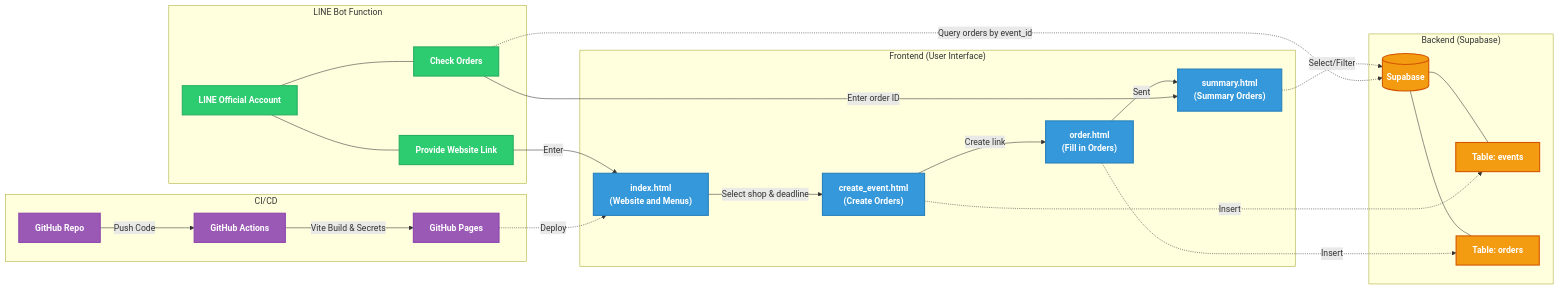
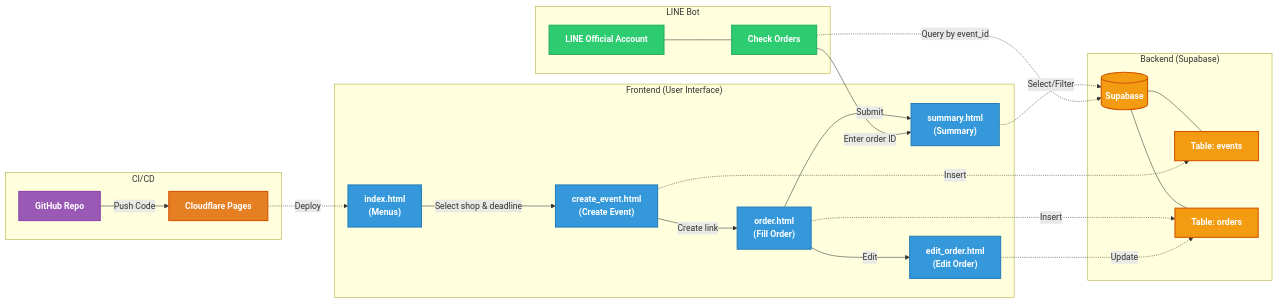
One commit to Tseng1114/Ordersystem changed the diagram in README.md. Above: the diagram before and after it, drawn with Mermaid. The commit also changed other lines of this file and 7 other files, not shown here.

````diff
--- a/README.md
+++ b/README.md
@@ -6,53 +43,54 @@
 ```mermaid
 graph LR
     classDef line fill:#2ecc71,stroke:#27ae60,stroke-width:2px,color:#fff,font-weight:bold;
     classDef frontend fill:#3498db,stroke:#2980b9,stroke-width:2px,color:#fff,font-weight:bold;
     classDef automation fill:#9b59b6,stroke:#8e44ad,stroke-width:2px,color:#fff,font-weight:bold;
     classDef backend fill:#f39c12,stroke:#d35400,stroke-width:2px,color:#fff,font-weight:bold;
-
-    subgraph L_Group ["LINE Bot Function"]
+    classDef cloudflare fill:#e67e22,stroke:#d35400,stroke-width:2px,color:#fff,font-weight:bold;
+ 
+    subgraph L_Group ["LINE Bot"]
         Line[LINE Official Account]
-        L1[Provide Website Link]
         L2[Check Orders]
-        Line --- L1
         Line --- L2
     end
-
+ 
     subgraph Web_Group ["Frontend (User Interface)"]
-        Index["index.html<br/>(Website and Menus)"]
-        Create["create_event.html<br/>(Create Orders)"]
-        Order["order.html<br/>(Fill in Orders)"]
-        Summary["summary.html<br/>(Summary Orders)"]
+        Index["index.html<br/>(Menus)"]
+        Create["create_event.html<br/>(Create Event)"]
+        Order["order.html<br/>(Fill Order)"]
+        Edit["edit_order.html<br/>(Edit Order)"]
+        Summary["summary.html<br/>(Summary)"]
         
         Index -->|Select shop & deadline| Create
         Create -->|Create link| Order
-        Order -->|Sent| Summary
+        Order -->|Edit| Edit
+        Order -->|Submit| Summary
     end
-
+ 
     subgraph Deploy_Group ["CI/CD"]
-        Repo[GitHub Repo] -->|Push Code| GHA[GitHub Actions]
-        GHA -->|Vite Build & Secrets| GHP[GitHub Pages]
+        Repo[GitHub Repo] -->|Push Code| CFP[Cloudflare Pages]
     end
-
+ 
     subgraph DB_Group ["Backend (Supabase)"]
         Supa[(Supabase)]
         Events[Table: events]
         Orders[Table: orders]
         Supa --- Events
         Supa --- Orders
     end
-
-    L1 -->|Enter| Index
+ 
     L2 -->|Enter order ID| Summary
-    GHP -.->|Deploy| Index
+    CFP -.->|Deploy| Index
     
     Create -.->|Insert| Events
     Order -.->|Insert| Orders
+    Edit -.->|Update| Orders
     Summary -.->|Select/Filter| Supa
-    L2 -.->|Query orders by event_id| Supa
-
-    class Line,L1,L2 line;
-    class Index,Create,Order,Summary frontend;
-    class Repo,GHA,GHP automation;
+    L2 -.->|Query by event_id| Supa
+ 
+    class Line,L2 line;
+    class Index,Create,Order,Edit,Summary frontend;
+    class Repo automation;
+    class CFP cloudflare;
     class Supa,Events,Orders backend;
 ```
````
